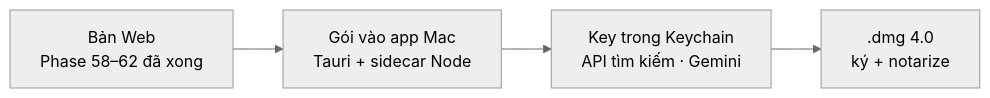
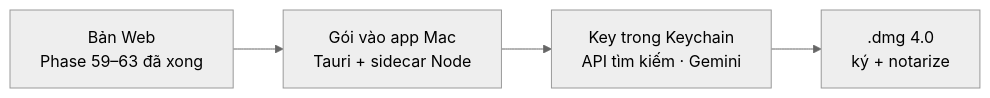
One commit to nvminhtu/niche-radar-docs changed the diagram in docs/app/phase-backlog-19-local-app-4.md. Above: the diagram before and after it, drawn with Mermaid (neutral theme). The commit also changed other lines of this file and 384 other files, not shown here.

````diff
--- a/docs/app/phase-backlog-19-local-app-4.md
+++ b/docs/app/phase-backlog-19-local-app-4.md
@@ -14,6 +14,6 @@
 ```mermaid
 flowchart LR
-  W[Bản Web<br/>Phase 58–62 đã xong] --> P[Gói vào app Mac<br/>Tauri + sidecar Node]
+  W[Bản Web<br/>Phase 59–63 đã xong] --> P[Gói vào app Mac<br/>Tauri + sidecar Node]
   P --> K[Key trong Keychain<br/>API tìm kiếm · Gemini]
   K --> B[.dmg 4.0<br/>ký + notarize]
 ```
````
